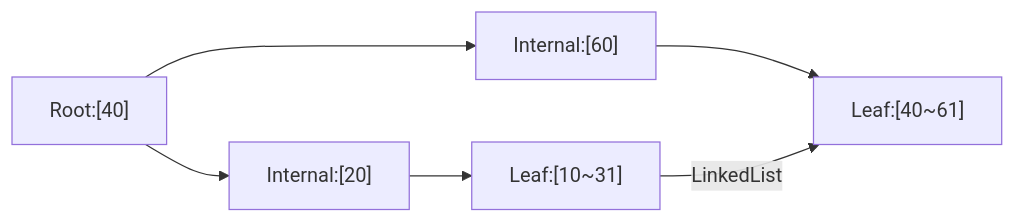
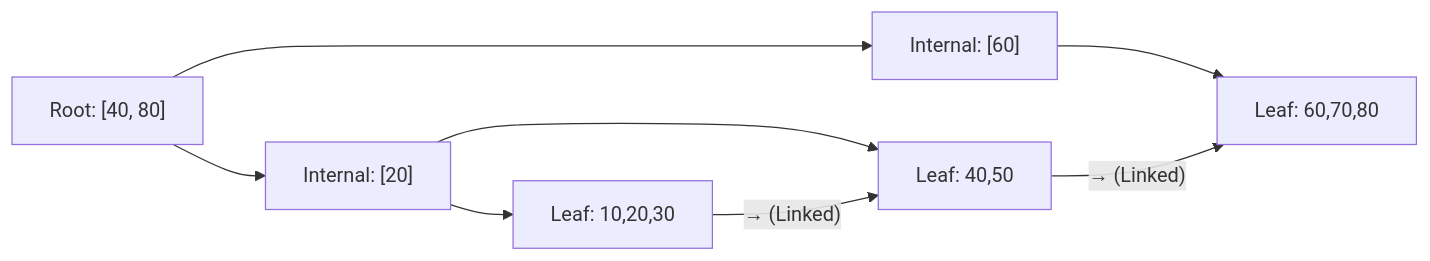
The first of 4 diagrams in _posts/db/2026-05-01-db-index.md (yjkim2015/yjkim2015.github.io), drawn with Mermaid before and after one commit. The commit also changed other lines of this file and 4 other files, not shown here.

````diff
--- a/_posts/db/2026-05-01-db-index.md
+++ b/_posts/db/2026-05-01-db-index.md
@@ -44,8 +48,10 @@
 ```mermaid
 graph LR
-    R["Root:[40]"] --> I1["Internal:[20]"]
-    R --> I2["Internal:[60]"]
-    I1 --> L1["Leaf:[10~31]"]
-    I2 --> L2["Leaf:[40~61]"]
-    L1 -->|"LinkedList"| L2
+    R["Root: [40, 80]"] --> I1["Internal: [20]"]
+    R --> I2["Internal: [60]"]
+    I1 --> L1["Leaf: 10,20,30"]
+    I1 --> L2["Leaf: 40,50"]
+    I2 --> L3["Leaf: 60,70,80"]
+    L1 -->|"→ (Linked)"| L2
+    L2 -->|"→ (Linked)"| L3
 ```
````
